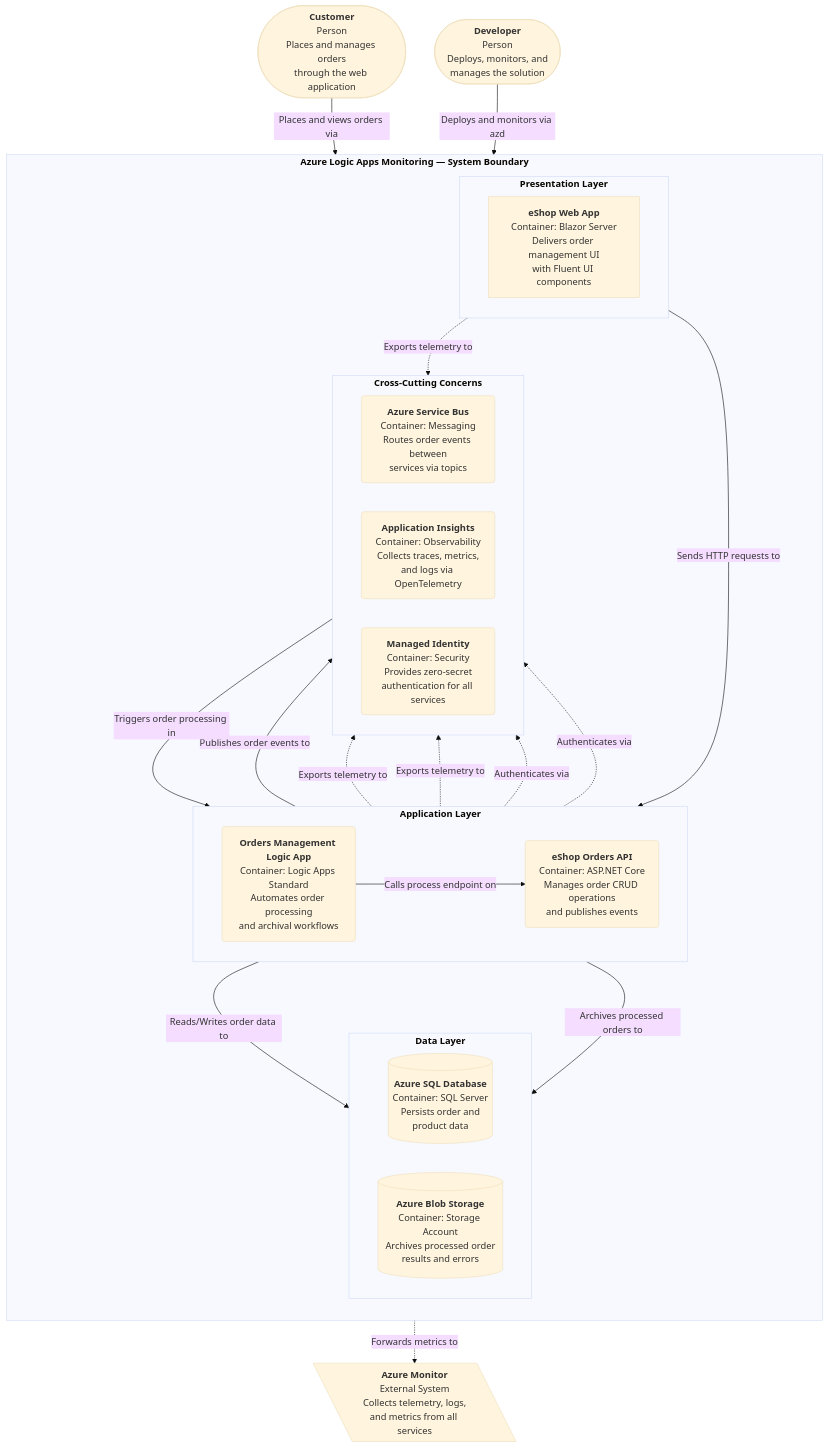
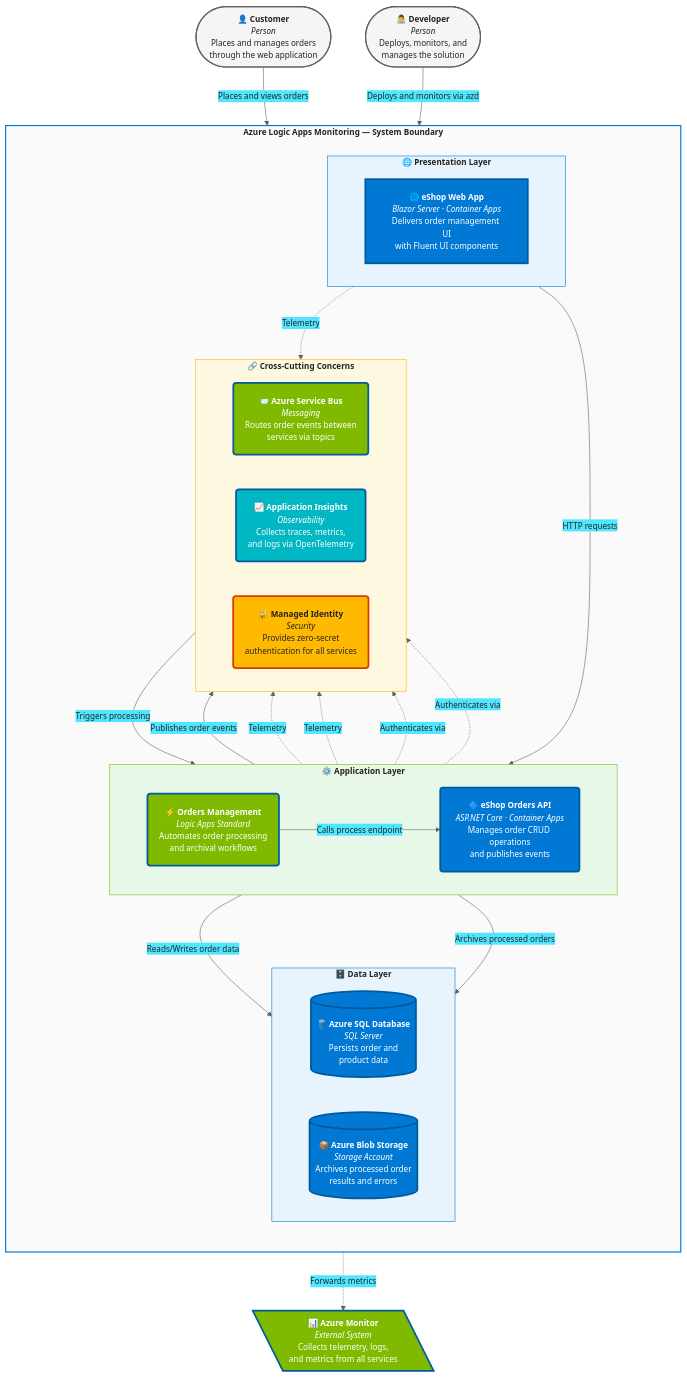
The diagram in README.md (Evilazaro/Azure-LogicApps-Monitoring), drawn with Mermaid before and after one commit.

Commit message:
Enhance flowchart styling in README.md for improved visual clarity and adherence to Fluent UI design guidelines

````diff
--- a/README.md
+++ b/README.md
@@ -50,22 +50,36 @@
   theme: base
   flowchart:
     htmlLabels: true
+    nodeSpacing: 60
+    rankSpacing: 80
+    padding: 20
   themeVariables:
-    fontSize: 16px
+    fontSize: 14px
+    fontFamily: "Segoe UI, system-ui, sans-serif"
+    primaryColor: "#0078D4"
+    primaryTextColor: "#242424"
+    primaryBorderColor: "#005A9E"
+    secondaryColor: "#50E6FF"
+    tertiaryColor: "#F5F5F5"
+    lineColor: "#616161"
+    noteBkgColor: "#F5F5F5"
+    noteTextColor: "#242424"
 ---
 flowchart TB
     %% C4 Container Diagram — Azure Logic Apps Monitoring Solution
+    %% Styled per Microsoft Fluent UI Design Guidelines
+    %% Emoji references from Azure Emoji Icon Library
 
     %% ============================================================
     %% PERSONS / ACTORS
     %% ============================================================
-    Customer([<b>Customer</b><br>Person<br>Places and manages orders<br>through the web application])
-    Developer([<b>Developer</b><br>Person<br>Deploys, monitors, and<br>manages the solution])
+    Customer([<b>👤 Customer</b><br><i>Person</i><br>Places and manages orders<br>through the web application])
+    Developer([<b>👨‍💻 Developer</b><br><i>Person</i><br>Deploys, monitors, and<br>manages the solution])
 
     %% ============================================================
     %% EXTERNAL SYSTEMS
     %% ============================================================
-    AzureMonitor[\<b>Azure Monitor</b><br>External System<br>Collects telemetry, logs,<br>and metrics from all services\]
+    AzureMonitor[\<b>📊 Azure Monitor</b><br><i>External System</i><br>Collects telemetry, logs,<br>and metrics from all services\]
 
     %% ============================================================
     %% SYSTEM BOUNDARY
@@ -76,37 +90,37 @@
         %% ========================================================
         %% PRESENTATION LAYER
         %% ========================================================
-        subgraph Presentation [<b>Presentation Layer</b>]
+        subgraph Presentation [<b>🌐 Presentation Layer</b>]
             direction LR
-            WebApp[<b>eShop Web App</b><br>Container: Blazor Server<br>Delivers order management UI<br>with Fluent UI components]
+            WebApp[<b>🌐 eShop Web App</b><br><i>Blazor Server · Container Apps</i><br>Delivers order management UI<br>with Fluent UI components]
         end
 
         %% ========================================================
         %% APPLICATION LAYER
         %% ========================================================
-        subgraph Application [<b>Application Layer</b>]
+        subgraph Application [<b>⚙️ Application Layer</b>]
             direction LR
-            OrdersAPI(<b>eShop Orders API</b><br>Container: ASP.NET Core<br>Manages order CRUD operations<br>and publishes events)
-            LogicApp(<b>Orders Management Logic App</b><br>Container: Logic Apps Standard<br>Automates order processing<br>and archival workflows)
+            OrdersAPI(<b>🔷 eShop Orders API</b><br><i>ASP.NET Core · Container Apps</i><br>Manages order CRUD operations<br>and publishes events)
+            LogicApp(<b>⚡ Orders Management</b><br><i>Logic Apps Standard</i><br>Automates order processing<br>and archival workflows)
         end
 
         %% ========================================================
         %% DATA LAYER
         %% ========================================================
-        subgraph Data [<b>Data Layer</b>]
+        subgraph Data [<b>🗄️ Data Layer</b>]
             direction LR
-            SqlDB[(<b>Azure SQL Database</b><br>Container: SQL Server<br>Persists order and<br>product data)]
-            BlobStorage[(<b>Azure Blob Storage</b><br>Container: Storage Account<br>Archives processed order<br>results and errors)]
+            SqlDB[(<b>🛢️ Azure SQL Database</b><br><i>SQL Server</i><br>Persists order and<br>product data)]
+            BlobStorage[(<b>📦 Azure Blob Storage</b><br><i>Storage Account</i><br>Archives processed order<br>results and errors)]
         end
 
         %% ========================================================
         %% CROSS-CUTTING CONCERNS
         %% ========================================================
-        subgraph CrossCutting [<b>Cross-Cutting Concerns</b>]
+        subgraph CrossCutting [<b>🔗 Cross-Cutting Concerns</b>]
             direction LR
-            ServiceBus(<b>Azure Service Bus</b><br>Container: Messaging<br>Routes order events between<br>services via topics)
-            AppInsights(<b>Application Insights</b><br>Container: Observability<br>Collects traces, metrics,<br>and logs via OpenTelemetry)
-            ManagedIdentity(<b>Managed Identity</b><br>Container: Security<br>Provides zero-secret<br>authentication for all services)
+            ServiceBus(<b>📨 Azure Service Bus</b><br><i>Messaging</i><br>Routes order events between<br>services via topics)
+            AppInsights(<b>📈 Application Insights</b><br><i>Observability</i><br>Collects traces, metrics,<br>and logs via OpenTelemetry)
+            ManagedIdentity(<b>🔐 Managed Identity</b><br><i>Security</i><br>Provides zero-secret<br>authentication for all services)
         end
     end
 
@@ -115,28 +129,70 @@
     %% ============================================================
 
     %% Actor interactions
-    Customer -- "Places and views orders via" --> WebApp
+    Customer -- "Places and views orders" --> WebApp
     Developer -- "Deploys and monitors via azd" --> OrdersAPI
 
     %% Presentation to Application
-    WebApp -- "Sends HTTP requests to" --> OrdersAPI
+    WebApp -- "HTTP requests" --> OrdersAPI
 
     %% Application to Data
-    OrdersAPI -- "Reads/Writes order data to" --> SqlDB
-    LogicApp -- "Archives processed orders to" --> BlobStorage
+    OrdersAPI -- "Reads/Writes order data" --> SqlDB
+    LogicApp -- "Archives processed orders" --> BlobStorage
 
     %% Messaging interactions
-    OrdersAPI -- "Publishes order events to" --> ServiceBus
-    ServiceBus -- "Triggers order processing in" --> LogicApp
-    LogicApp -- "Calls process endpoint on" --> OrdersAPI
+    OrdersAPI -- "Publishes order events" --> ServiceBus
+    ServiceBus -- "Triggers processing" --> LogicApp
+    LogicApp -- "Calls process endpoint" --> OrdersAPI
 
     %% Observability
-    OrdersAPI -. "Exports telemetry to" .-> AppInsights
-    WebApp -. "Exports telemetry to" .-> AppInsights
-    LogicApp -. "Exports telemetry to" .-> AppInsights
-    AppInsights -. "Forwards metrics to" .-> AzureMonitor
+    OrdersAPI -. "Telemetry" .-> AppInsights
+    WebApp -. "Telemetry" .-> AppInsights
+    LogicApp -. "Telemetry" .-> AppInsights
+    AppInsights -. "Forwards metrics" .-> AzureMonitor
 
     %% Security
     OrdersAPI -. "Authenticates via" .-> ManagedIdentity
     LogicApp -. "Authenticates via" .-> ManagedIdentity
+
+    %% ============================================================
+    %% FLUENT UI STYLES
+    %% ============================================================
+    %% Category colors from Azure Emoji Icon Library:
+    %% App Services: fill #0078D4, stroke #005A9E
+    %% Integration: fill #7FBA00, stroke #005A9E
+    %% Databases: fill #0078D4, stroke #005A9E
+    %% Storage: fill #0078D4, stroke #005A9E
+    %% Identity: fill #FFB900, stroke #DA3B01
+    %% Management + Governance: fill #7FBA00, stroke #005A9E
+    %% Containers: fill #00B7C3, stroke #005A9E
+
+    %% Actors
+    style Customer fill:#F5F5F5,stroke:#616161,stroke-width:2px,color:#242424
+    style Developer fill:#F5F5F5,stroke:#616161,stroke-width:2px,color:#242424
+
+    %% External Systems
+    style AzureMonitor fill:#7FBA00,stroke:#005A9E,stroke-width:3px,color:#FFFFFF
+
+    %% Presentation Layer
+    style WebApp fill:#0078D4,stroke:#005A9E,stroke-width:3px,color:#FFFFFF
+
+    %% Application Layer
+    style OrdersAPI fill:#0078D4,stroke:#005A9E,stroke-width:3px,color:#FFFFFF
+    style LogicApp fill:#7FBA00,stroke:#005A9E,stroke-width:3px,color:#FFFFFF
+
+    %% Data Layer
+    style SqlDB fill:#0078D4,stroke:#005A9E,stroke-width:3px,color:#FFFFFF
+    style BlobStorage fill:#0078D4,stroke:#005A9E,stroke-width:3px,color:#FFFFFF
+
+    %% Cross-Cutting Concerns
+    style ServiceBus fill:#7FBA00,stroke:#005A9E,stroke-width:3px,color:#FFFFFF
+    style AppInsights fill:#00B7C3,stroke:#005A9E,stroke-width:3px,color:#FFFFFF
+    style ManagedIdentity fill:#FFB900,stroke:#DA3B01,stroke-width:3px,color:#242424
+
+    %% Subgraph Styles
+    style SystemBoundary fill:#FAFAFA,stroke:#0078D4,stroke-width:2px,color:#242424
+    style Presentation fill:#E8F4FD,stroke:#0078D4,stroke-width:1px,color:#242424
+    style Application fill:#E8F8E8,stroke:#7FBA00,stroke-width:1px,color:#242424
+    style Data fill:#E8F4FD,stroke:#0078D4,stroke-width:1px,color:#242424
+    style CrossCutting fill:#FFF8E1,stroke:#FFB900,stroke-width:1px,color:#242424
 ```
````
